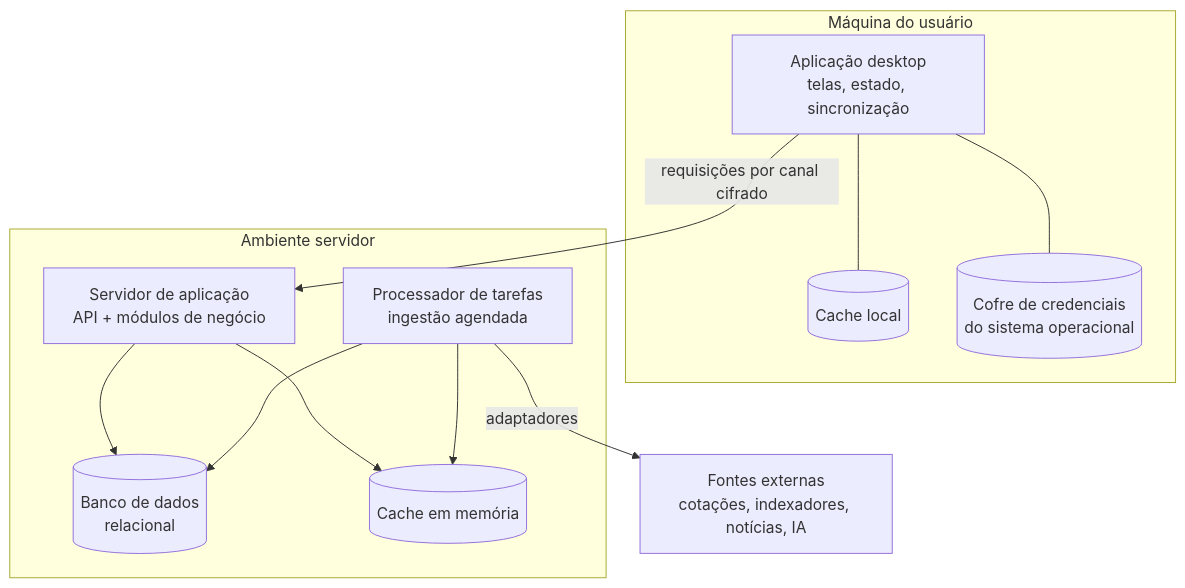
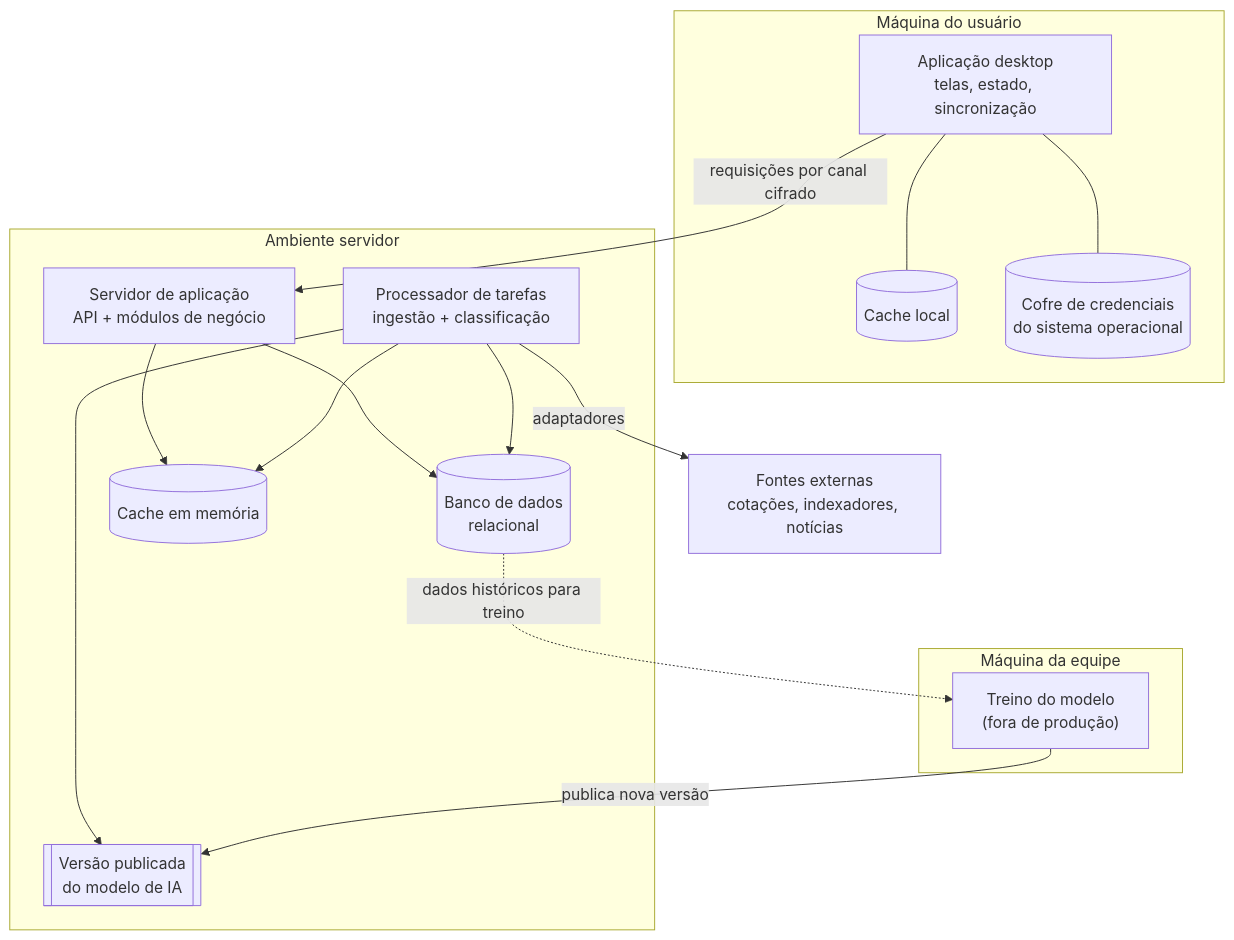
Before and after one commit to AnjiNight/Revolution-THE-BOB: the second of 9 diagrams in arquitetura.md, drawn with Mermaid. The commit also changed other lines of this file and 24 other files, not shown here.

````diff
--- a/arquitetura.md
+++ b/arquitetura.md
@@ -329,26 +138,34 @@
 ```mermaid
 flowchart TB
     subgraph PC["Máquina do usuário"]
         APP["Aplicação desktop<br/>telas, estado, sincronização"]
         LOC[("Cache local")]
         VAULT[("Cofre de credenciais<br/>do sistema operacional")]
         APP --- LOC
         APP --- VAULT
     end
 
     subgraph SRV["Ambiente servidor"]
         API["Servidor de aplicação<br/>API + módulos de negócio"]
-        JOB["Processador de tarefas<br/>ingestão agendada"]
+        JOB["Processador de tarefas<br/>ingestão + classificação"]
         DB[("Banco de dados<br/>relacional")]
         CACHE[("Cache em memória")]
+        MOD[["Versão publicada<br/>do modelo de IA"]]
         API --> DB
         API --> CACHE
         JOB --> DB
         JOB --> CACHE
+        JOB --> MOD
     end
 
-    EXT["Fontes externas<br/>cotações, indexadores, notícias, IA"]
+    subgraph EQ["Máquina da equipe"]
+        TRN["Treino do modelo<br/>(fora de produção)"]
+    end
+
+    EXT["Fontes externas<br/>cotações, indexadores, notícias"]
 
     APP -- "requisições por canal cifrado" --> API
     JOB -- "adaptadores" --> EXT
+    TRN -- "publica nova versão" --> MOD
+    DB -. "dados históricos para treino" .-> TRN
 ```
````
